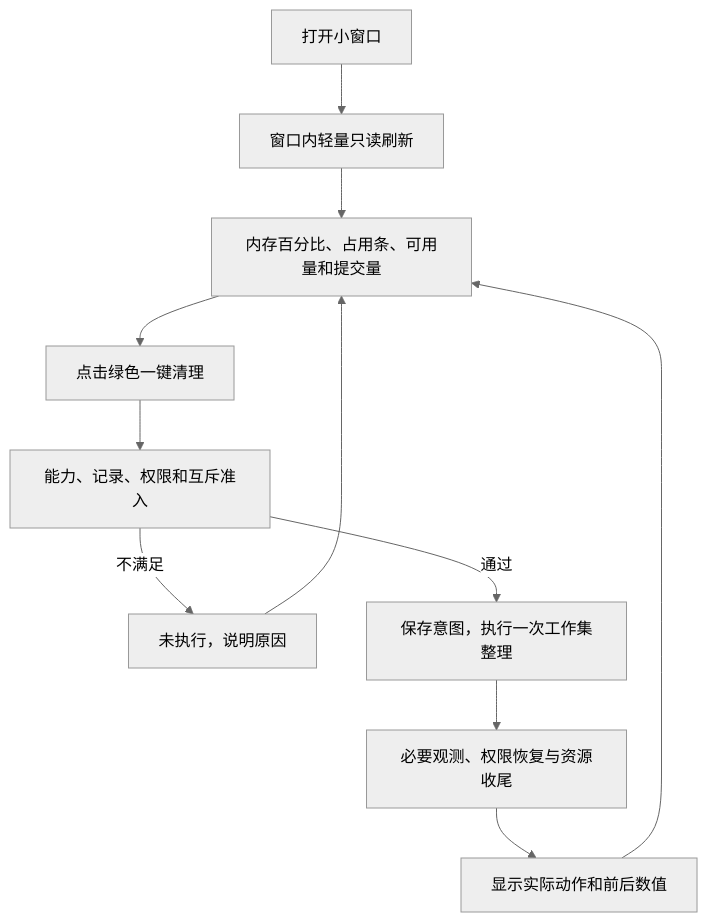
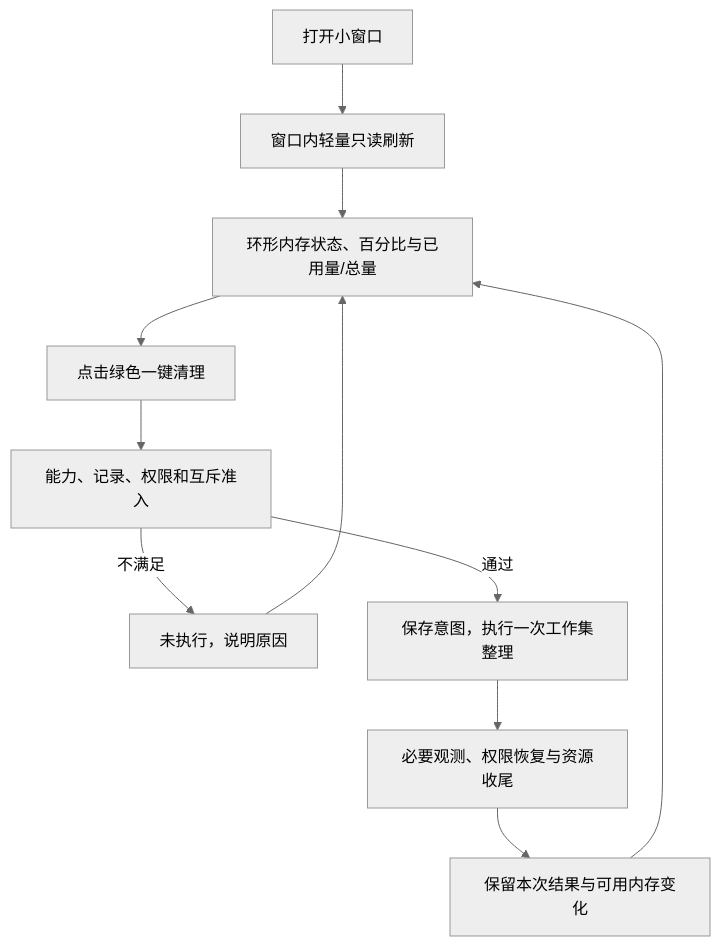
The first of 3 diagrams in docs/开发计划 Development Plan CPU 内存清理.md (DreamSoul-AI/cpu-memory-cleanup), drawn with Mermaid (neutral theme) before and after one commit. The commit also changed other lines of this file and 23 other files, not shown here.

````diff
--- a/docs/开发计划 Development Plan CPU 内存清理.md
+++ b/docs/开发计划 Development Plan CPU 内存清理.md
@@ -104,13 +104,13 @@
 ```mermaid
 flowchart TD
     OPEN["打开小窗口"] --> READ["窗口内轻量只读刷新"]
-    READ --> VIEW["内存百分比、占用条、可用量和提交量"]
+    READ --> VIEW["环形内存状态、百分比与已用量/总量"]
     VIEW --> CLICK["点击绿色一键清理"]
     CLICK --> CHECK["能力、记录、权限和互斥准入"]
     CHECK -->|不满足| BLOCK["未执行，说明原因"]
     CHECK -->|通过| ACTION["保存意图，执行一次工作集整理"]
     ACTION --> CLOSE["必要观测、权限恢复与资源收尾"]
-    CLOSE --> RESULT["显示实际动作和前后数值"]
+    CLOSE --> RESULT["保留本次结果与可用内存变化"]
     BLOCK --> VIEW
     RESULT --> VIEW
 ```
````
